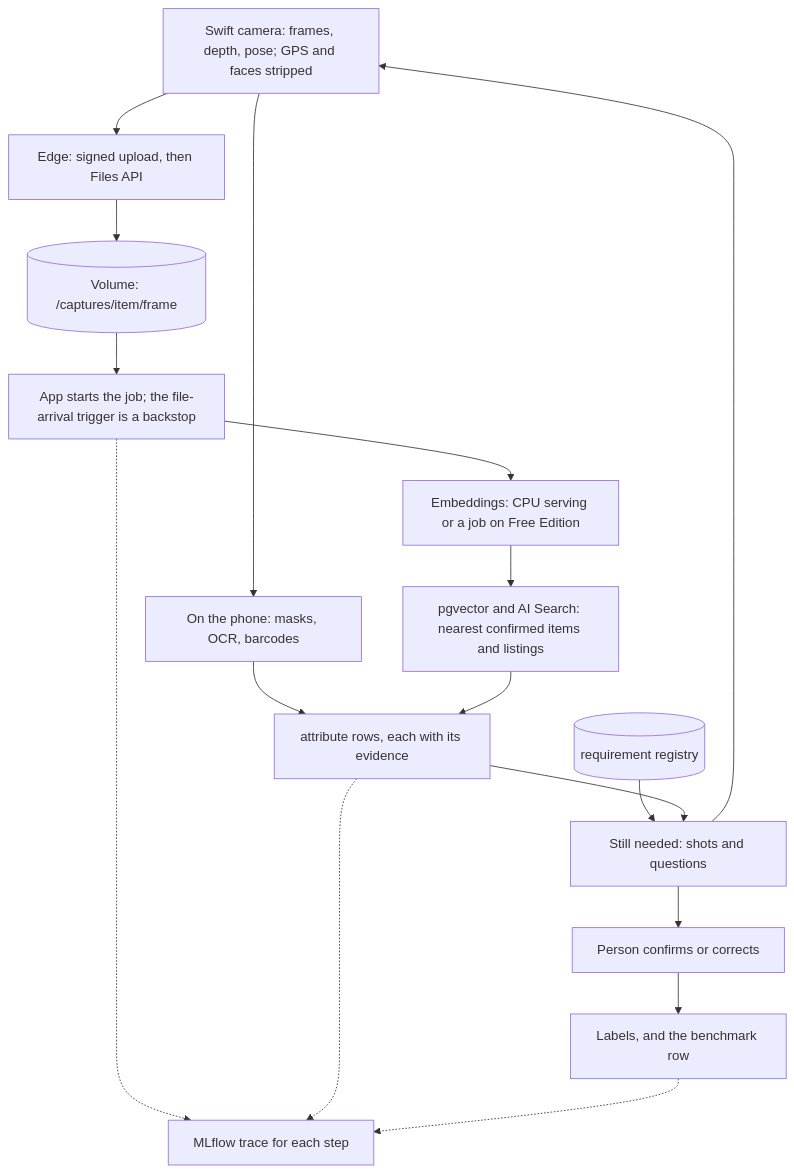
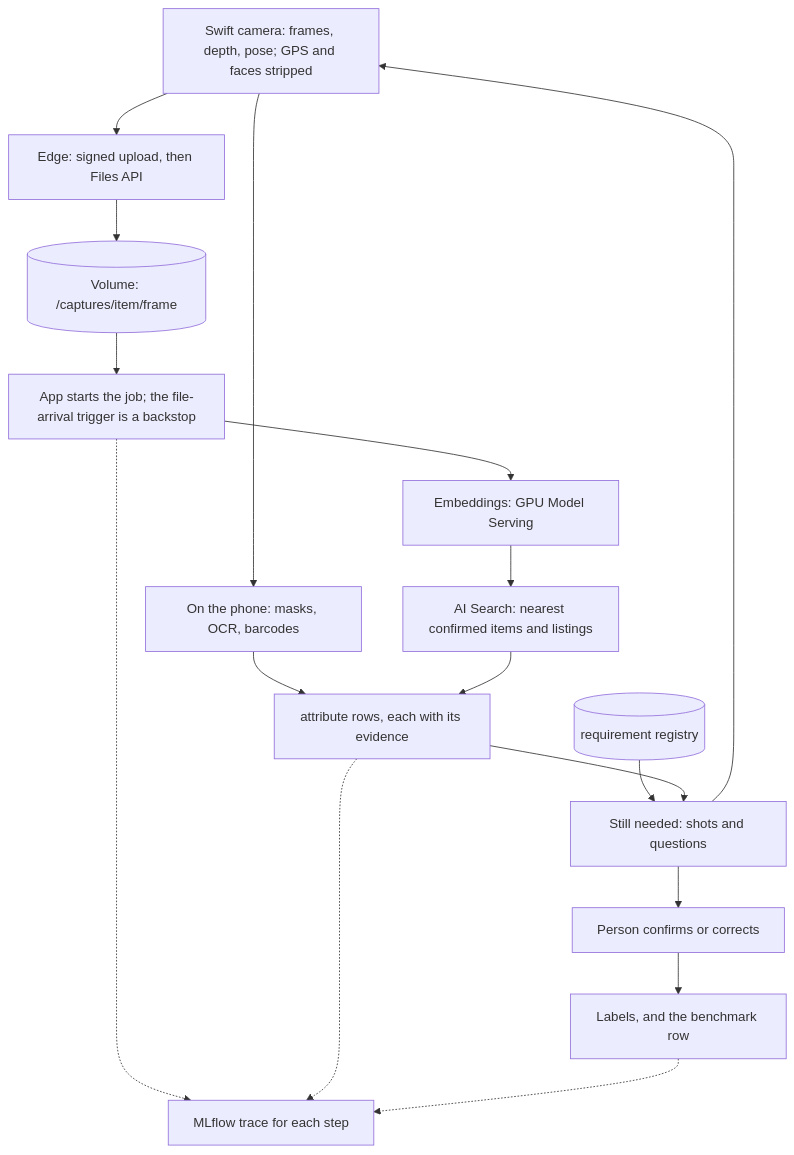
One commit to benverhaalen/secondhand changed the fourth of 4 diagrams in spec/databricks.md. Above: the diagram before and after it, drawn with Mermaid. The commit also changed other lines of this file and 11 other files, not shown here.

````diff
--- a/spec/databricks.md
+++ b/spec/databricks.md
@@ -609,25 +597,25 @@
 ```mermaid
 flowchart TD
   cam["Swift camera: frames, depth, pose; GPS and faces stripped"]
   up["Edge: signed upload, then Files API"]
   vol[("Volume: /captures/item/frame")]
   start["App starts the job; the file-arrival trigger is a backstop"]
   dev["On the phone: masks, OCR, barcodes"]
-  emb["Embeddings: CPU serving or a job on Free Edition"]
-  ais["pgvector and AI Search: nearest confirmed items and listings"]
+  emb["Embeddings: GPU Model Serving"]
+  ais["AI Search: nearest confirmed items and listings"]
   asr["attribute rows, each with its evidence"]
   reg[("requirement registry")]
   need["Still needed: shots and questions"]
   person["Person confirms or corrects"]
   lab["Labels, and the benchmark row"]
   tr["MLflow trace for each step"]
   cam --> up --> vol --> start
   cam --> dev --> asr
   start --> emb --> ais --> asr
   reg --> need
   asr --> need --> cam
   need --> person --> lab
   start -.-> tr
   asr -.-> tr
   lab -.-> tr
 ```
````
